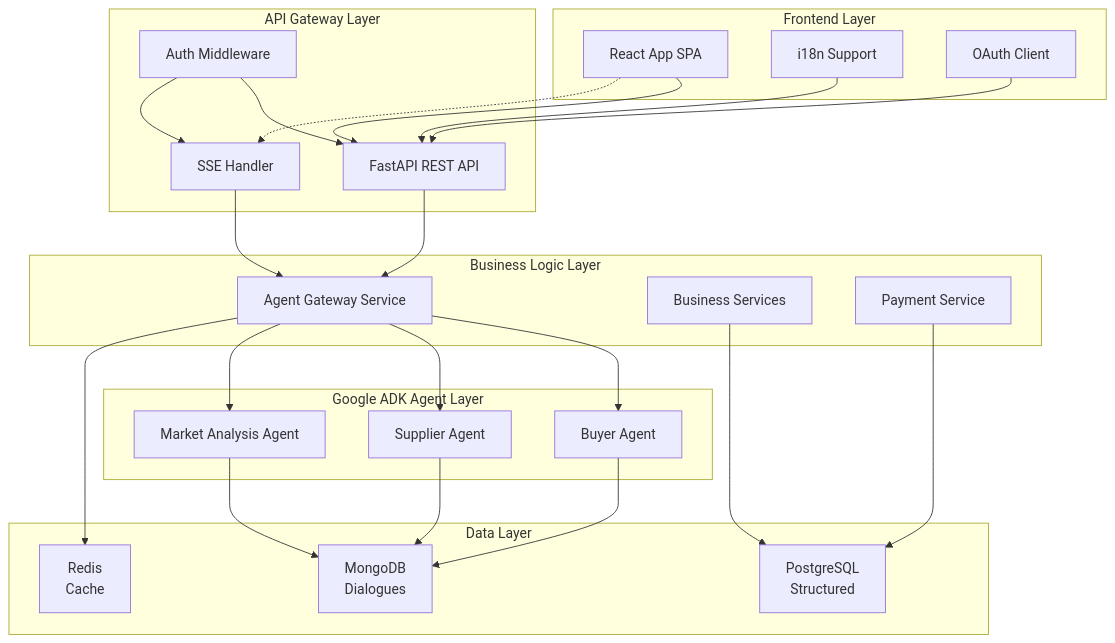
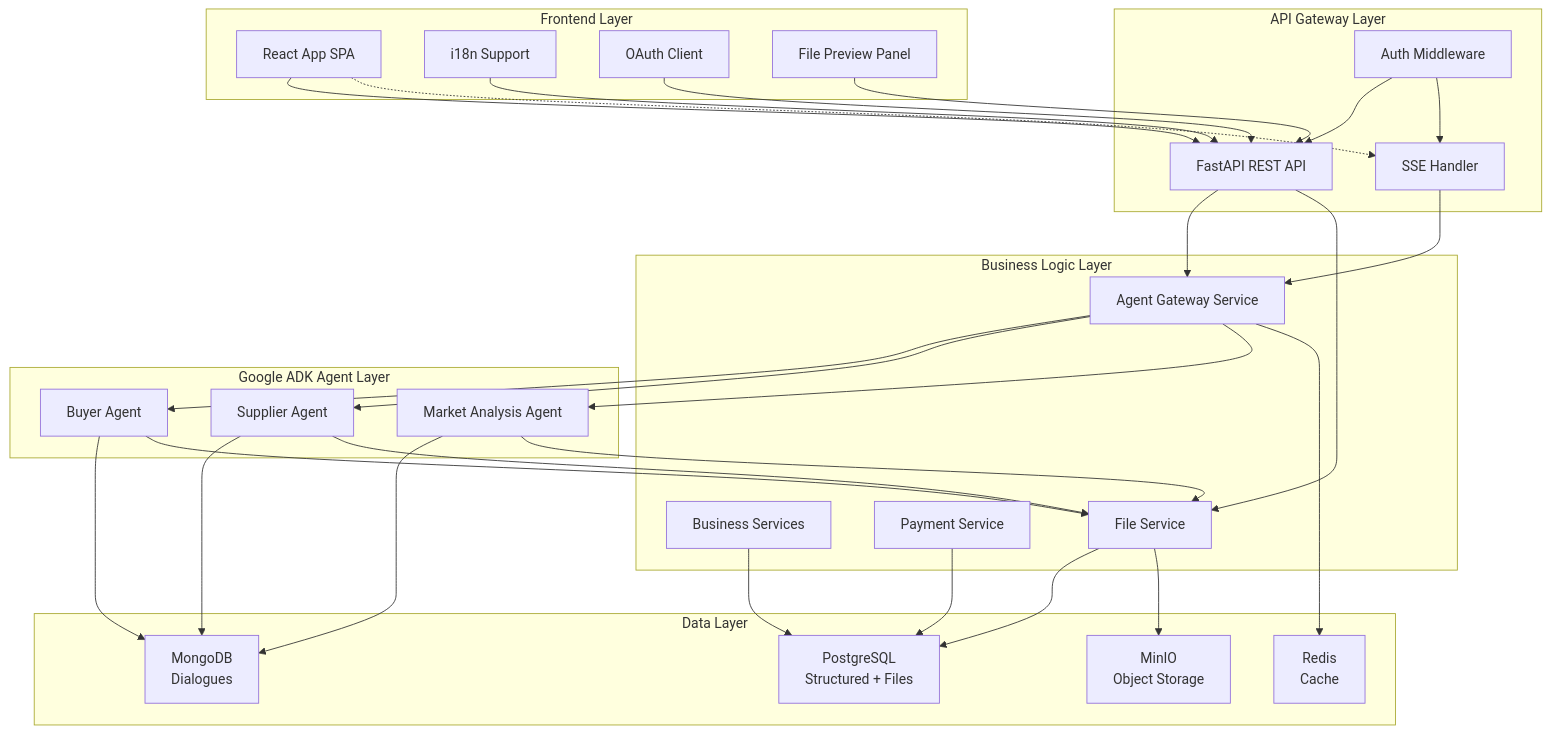
Before and after one commit to luoliang629/TradeFlowProduct: the diagram in docs/design/tradeflow_technical_design.md, drawn with Mermaid. The commit also changed other lines of this file, not shown here.

Commit message:
修复聊天界面显示问题，实现完整的LED对话和文件预览功能
- 解决了聊天消息区域只显示简单消息的问题
- 通过JavaScript动态更新聊天内容，展示完整LED买家开发对话
- 验证文件预览功能：PDF、Excel、Word三种文件类型预览正常
- 确保聊天滚动功能和输入框固定布局保持稳定

🤖 Generated with [Claude Code](https://claude.ai/code)

````diff
--- a/docs/design/tradeflow_technical_design.md
+++ b/docs/design/tradeflow_technical_design.md
@@ -44,53 +44,63 @@
 ```mermaid
 graph TD
     subgraph "Frontend Layer"
         A[React App SPA]
         B[i18n Support] 
         C[OAuth Client]
+        D1[File Preview Panel]
     end
     
     subgraph "API Gateway Layer"
         D[FastAPI REST API]
         E[SSE Handler]
         F[Auth Middleware]
     end
     
     subgraph "Business Logic Layer"
         G[Agent Gateway Service]
         H[Business Services]
         I[Payment Service]
+        P[File Service]
     end
     
     subgraph "Google ADK Agent Layer"
         J[Buyer Agent]
         K[Supplier Agent]
         L[Market Analysis Agent]
     end
     
     subgraph "Data Layer"
-        M[PostgreSQL<br/>Structured]
+        M[PostgreSQL<br/>Structured + Files]
         N[MongoDB<br/>Dialogues]
         O[Redis<br/>Cache]
+        Q[MinIO<br/>Object Storage]
     end
     
     A --> D
     A -.-> E
     B --> D
     C --> D
+    D1 --> D
     
     D --> G
+    D --> P
     E --> G
     F --> D
     F --> E
     
     G --> J
     G --> K
     G --> L
     H --> M
     I --> M
+    P --> M
+    P --> Q
     
     J --> N
     K --> N
     L --> N
+    J --> P
+    K --> P
+    L --> P
     G --> O
 ```
````
